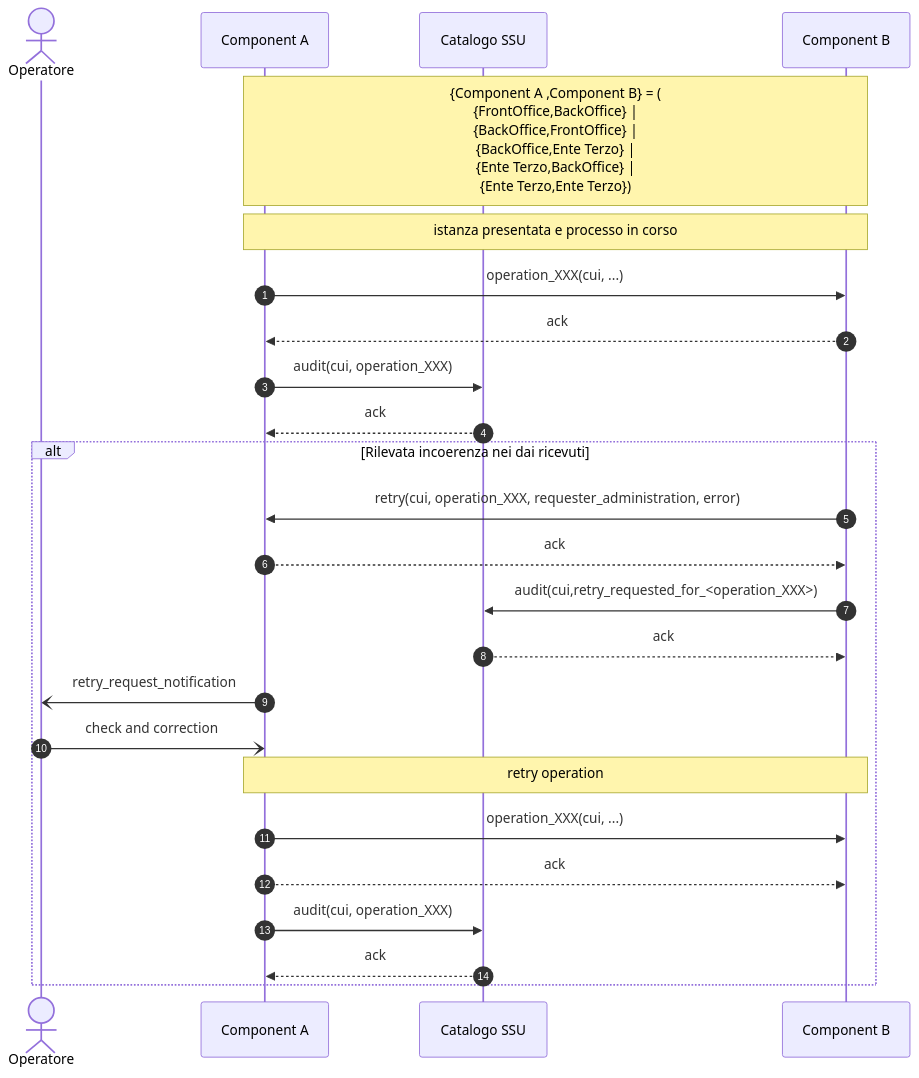
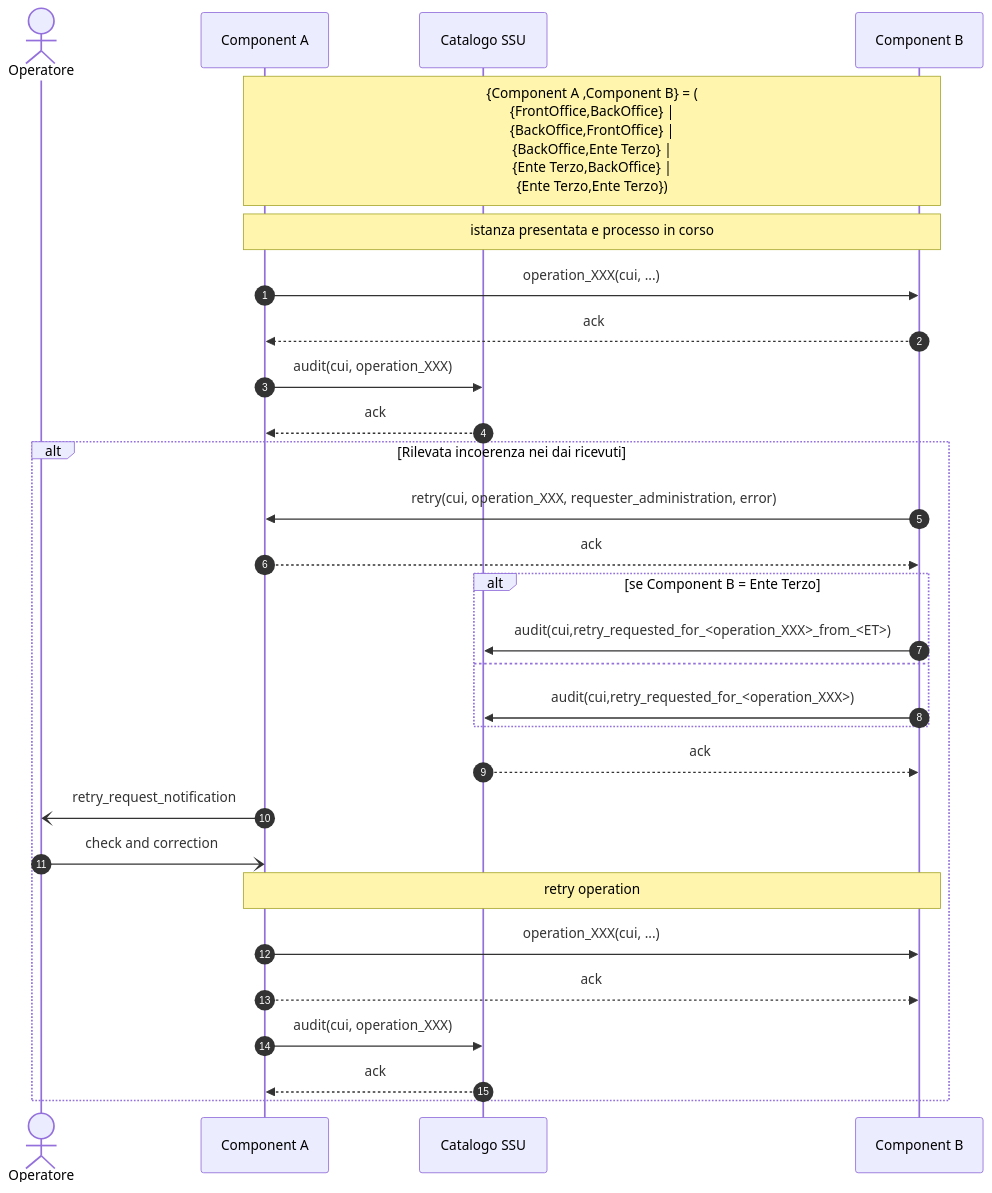
One commit to AgID/specifiche-tecniche-DPR-160-2010 changed the diagram in sequence-diagram/Retry-001.mermaid. Above: the diagram before and after it, drawn with Mermaid. The commit also changed 1 other file, not shown here.

Commit message:
aggiornamento mittente nel retry et

```diff
--- a/sequence-diagram/Retry-001.mermaid
+++ b/sequence-diagram/Retry-001.mermaid
@@ -1,37 +1,41 @@
 sequenceDiagram
     autonumber
       
     actor O as Operatore  
     participant A as Component A 
     participant C as Catalogo SSU 
     participant B as Component B
 
    
     Note over A,B: {Component A ,Component B} = (<br/>{FrontOffice,BackOffice} |<br/> {BackOffice,FrontOffice} |<br/> {BackOffice,Ente Terzo} | <br/>{Ente Terzo,BackOffice} | <br/>{Ente Terzo,Ente Terzo})
 
    
     Note over A,B: istanza presentata e processo in corso
 
     A->> B: operation_XXX(cui, ...)
     B -->> A: ack
 
     A->> C: audit(cui, operation_XXX)
     C -->> A: ack
 
     alt Rilevata incoerenza nei dai ricevuti
         B->> A: retry(cui, operation_XXX, requester_administration, error)
         A -->> B: ack
 
-        B->> C: audit(cui,retry_requested_for_<operation_XXX>)
+        alt se Component B = Ente Terzo
+            B->> C: audit(cui,retry_requested_for_<operation_XXX>_from_<ET>)
+        else
+            B->> C: audit(cui,retry_requested_for_<operation_XXX>)
+        end
         C -->> B: ack
 
         A -) O: retry_request_notification
         O-) A: check and correction
         note over A,B: retry operation
         A->> B: operation_XXX(cui, ...)
         A -->> B: ack
 
         A->> C: audit(cui, operation_XXX)
         C -->> A: ack
 
     end
```
